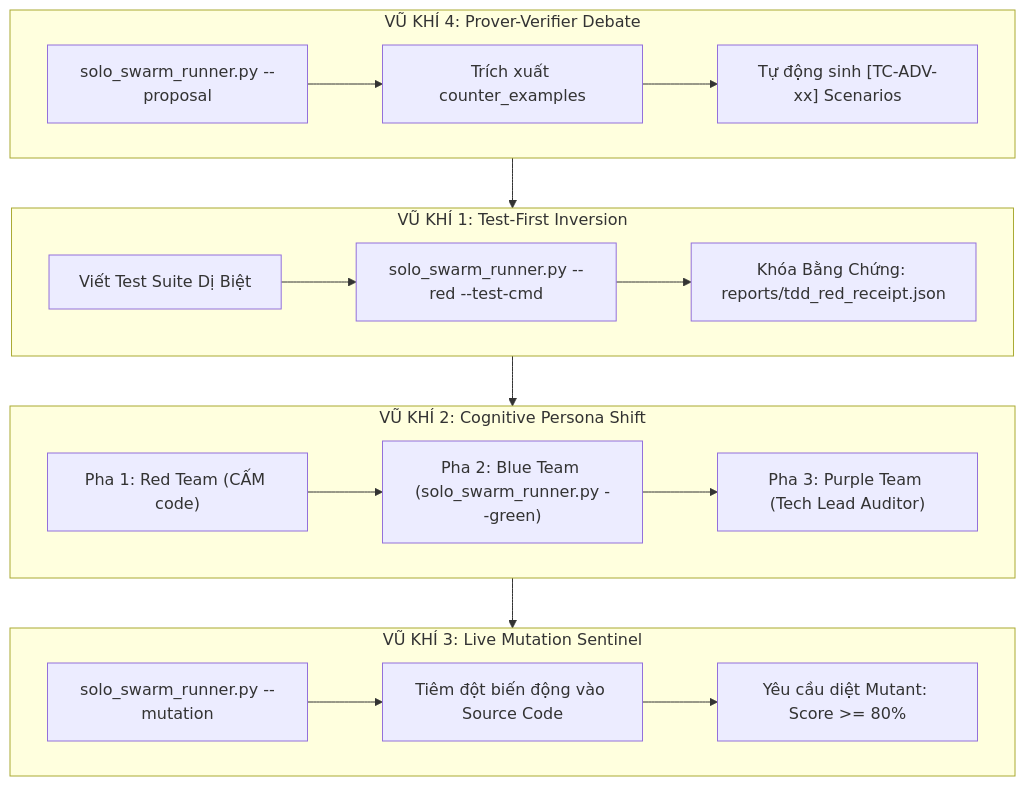
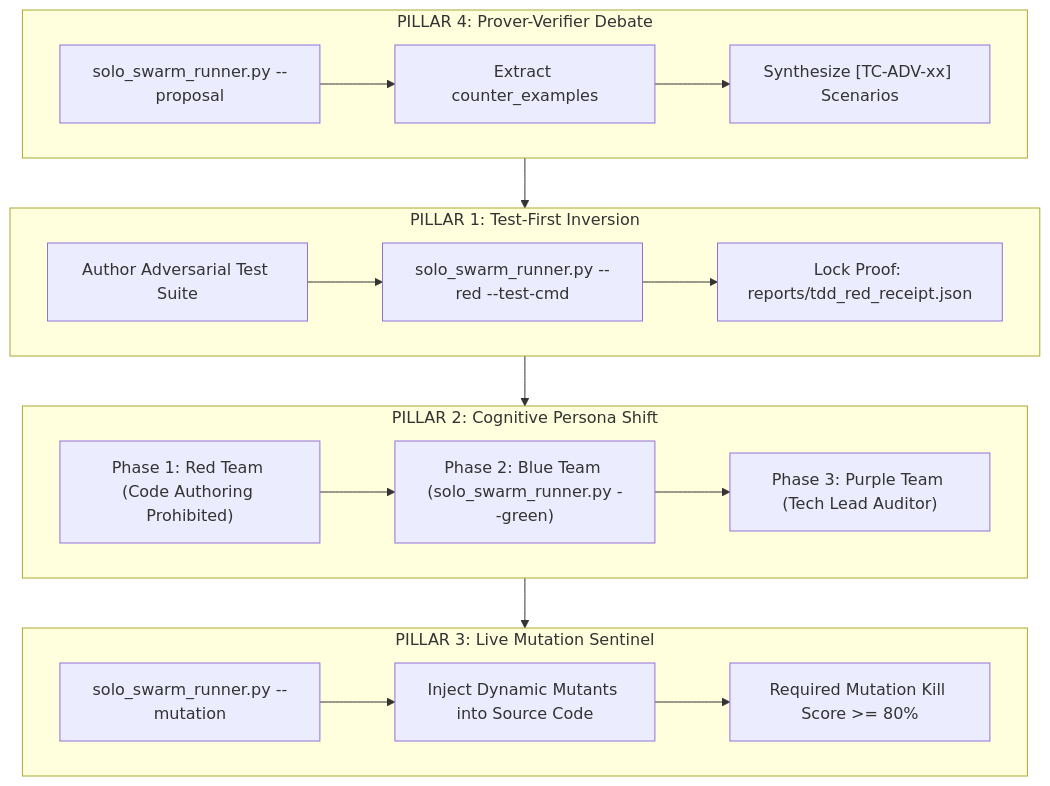
Before and after one commit to TeeVee98/Synapse-Hub: the diagram in standards/qa-process/solo-swarm-protocol.md, drawn with Mermaid. The commit also changed other lines of this file and 81 other files, not shown here.

Commit message:
chore(release): v4.8.1 - enterprise agent protocols, decision ledger, and architecture perfection

````diff
--- a/standards/qa-process/solo-swarm-protocol.md
+++ b/standards/qa-process/solo-swarm-protocol.md
@@ -18,24 +18,24 @@
 ```mermaid
 flowchart TD
-    subgraph W4 ["VŨ KHÍ 4: Prover-Verifier Debate"]
-        A["solo_swarm_runner.py --proposal"] --> B["Trích xuất counter_examples"]
-        B --> C["Tự động sinh [TC-ADV-xx] Scenarios"]
+    subgraph W4 ["PILLAR 4: Prover-Verifier Debate"]
+        A["solo_swarm_runner.py --proposal"] --> B["Extract counter_examples"]
+        B --> C["Synthesize [TC-ADV-xx] Scenarios"]
     end
 
-    subgraph W1 ["VŨ KHÍ 1: Test-First Inversion"]
-        D["Viết Test Suite Dị Biệt"] --> E["solo_swarm_runner.py --red --test-cmd"]
-        E --> F["Khóa Bằng Chứng: reports/tdd_red_receipt.json"]
+    subgraph W1 ["PILLAR 1: Test-First Inversion"]
+        D["Author Adversarial Test Suite"] --> E["solo_swarm_runner.py --red --test-cmd"]
+        E --> F["Lock Proof: reports/tdd_red_receipt.json"]
     end
 
-    subgraph W2 ["VŨ KHÍ 2: Cognitive Persona Shift"]
-        G["Pha 1: Red Team (CẤM code)"] --> H["Pha 2: Blue Team (solo_swarm_runner.py --green)"]
-        H --> I["Pha 3: Purple Team (Tech Lead Auditor)"]
+    subgraph W2 ["PILLAR 2: Cognitive Persona Shift"]
+        G["Phase 1: Red Team (Code Authoring Prohibited)"] --> H["Phase 2: Blue Team (solo_swarm_runner.py --green)"]
+        H --> I["Phase 3: Purple Team (Tech Lead Auditor)"]
     end
 
-    subgraph W3 ["VŨ KHÍ 3: Live Mutation Sentinel"]
-        J["solo_swarm_runner.py --mutation"] --> K["Tiêm đột biến động vào Source Code"]
-        K --> L["Yêu cầu diệt Mutant: Score >= 80%"]
+    subgraph W3 ["PILLAR 3: Live Mutation Sentinel"]
+        J["solo_swarm_runner.py --mutation"] --> K["Inject Dynamic Mutants into Source Code"]
+        K --> L["Required Mutation Kill Score >= 80%"]
     end
 
     W4 --> W1 --> W2 --> W3
 ```
````
